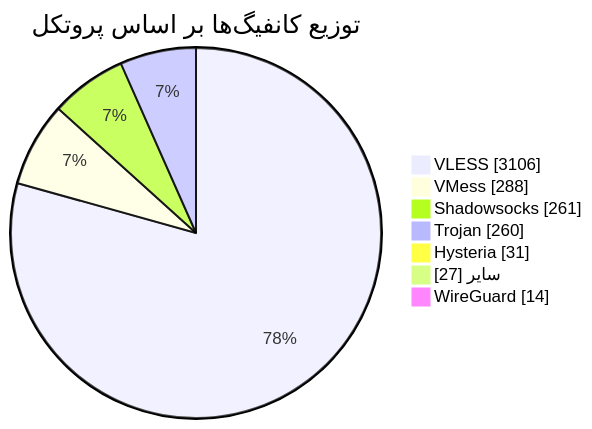
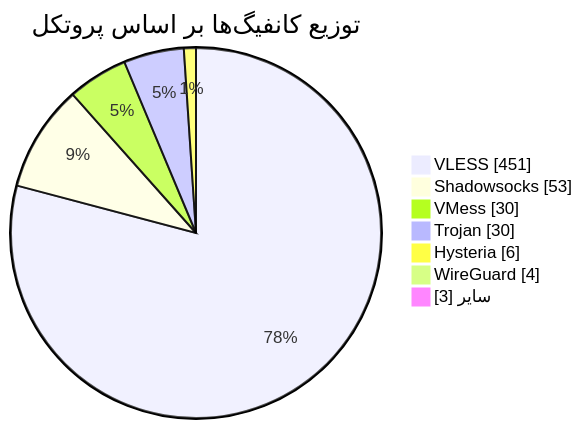
The diagram in README.md (Arian-Alijani/Somthing), drawn with Mermaid before and after one commit. The commit also changed other lines of this file and 21 other files, not shown here.

````diff
--- a/README.md
+++ b/README.md
@@ -49,11 +49,11 @@
 ```mermaid
 pie showData
     title توزیع کانفیگ‌ها بر اساس پروتکل
-    "VLESS" : 3106
-    "VMess" : 288
-    "Shadowsocks" : 261
-    "Trojan" : 260
-    "Hysteria" : 31
-    "سایر" : 27
-    "WireGuard" : 14
+    "VLESS" : 451
+    "Shadowsocks" : 53
+    "VMess" : 30
+    "Trojan" : 30
+    "Hysteria" : 6
+    "WireGuard" : 4
+    "سایر" : 3
 ```
````
